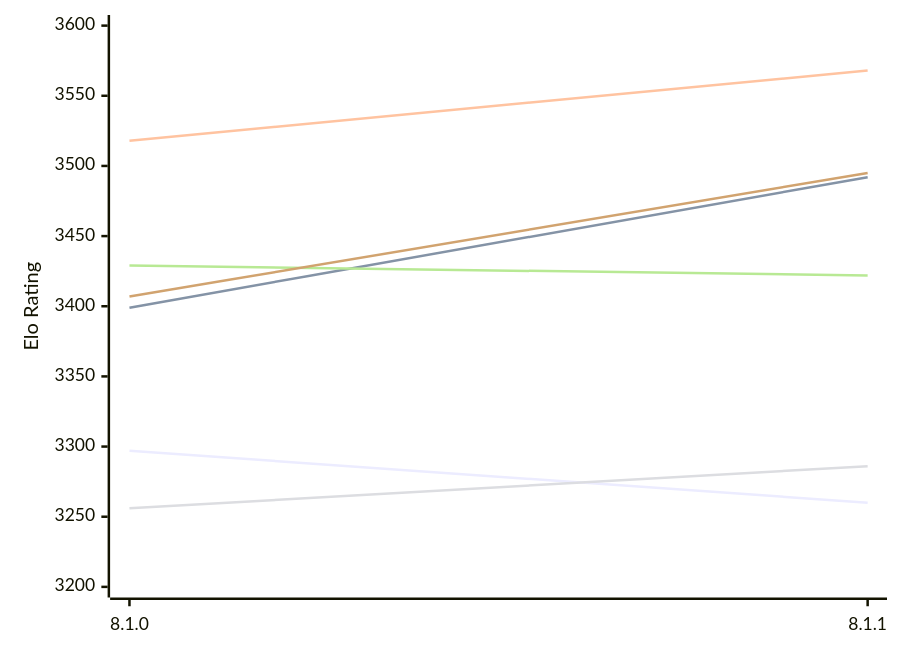
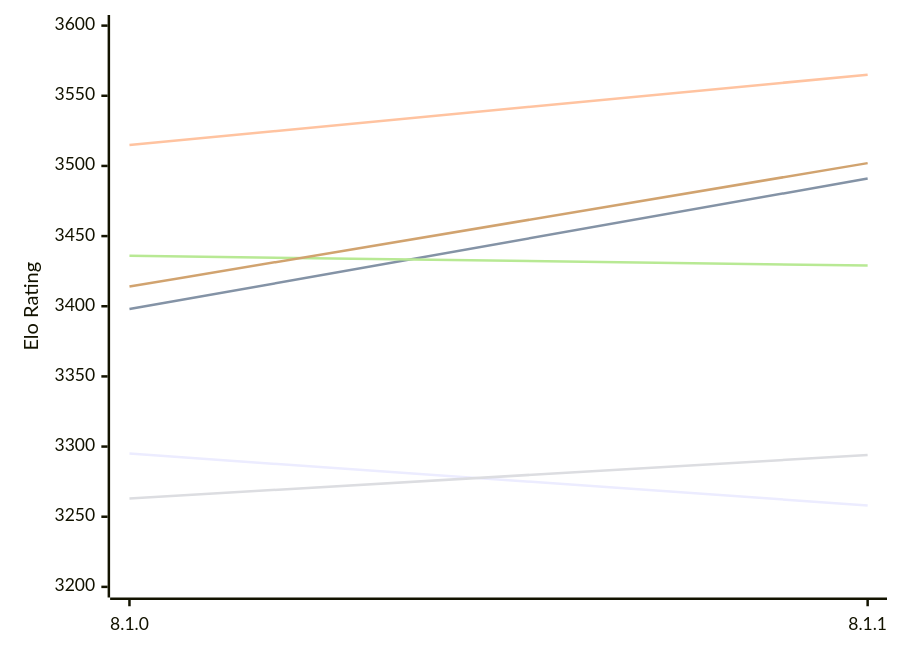
The first of 2 diagrams in engines/Velvet.md (computer-chess-index/cci), drawn with Mermaid before and after one commit. The commit also changed other lines of this file, not shown here.

Commit message:
Update CCI Ratings (ELO VLTC) - 2026-11-23

````diff
--- a/engines/Velvet.md
+++ b/engines/Velvet.md
@@ -51,12 +51,12 @@
 ```mermaid
 %%{init: {"theme":"base","themeVariables":{"seriesColors:['#a3a3a3','#222221','#faa371']}}}%%
 xychart-beta
   x-axis ["8.1.0", "8.1.1"]
   y-axis "Elo Rating" 3200 --> 3600
-  line "E1: STC (8.0+0.08s)" [3297, 3260]
-  line "E1: LTC (60.0+0.60s)" [3399, 3492]
-  line "E1: VLTC (2m24s+1.12s)" [3518, 3568]
-  line "P1: STC (8.0+0.08s)" [3256, 3286]
-  line "P1: LTC (60.0+0.60s)" [3429, 3422]
-  line "P1: VLTC (2m24s+1.12s)" [3407, 3495]
+  line "E1: STC (8.0+0.08s)" [3295, 3258]
+  line "E1: LTC (60.0+0.60s)" [3398, 3491]
+  line "E1: VLTC (2m24s+1.12s)" [3515, 3565]
+  line "P1: STC (8.0+0.08s)" [3263, 3294]
+  line "P1: LTC (60.0+0.60s)" [3436, 3429]
+  line "P1: VLTC (2m24s+1.12s)" [3414, 3502]
 ```
````
